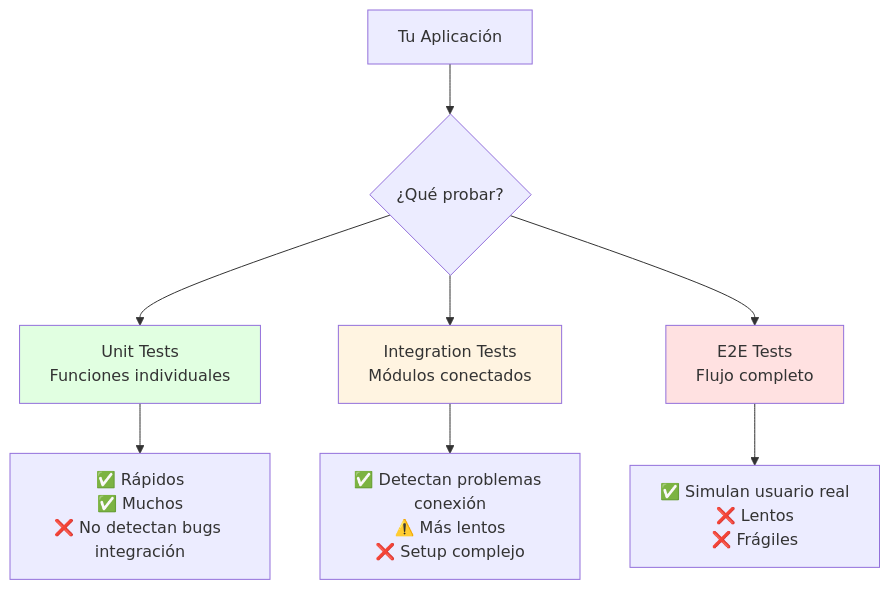
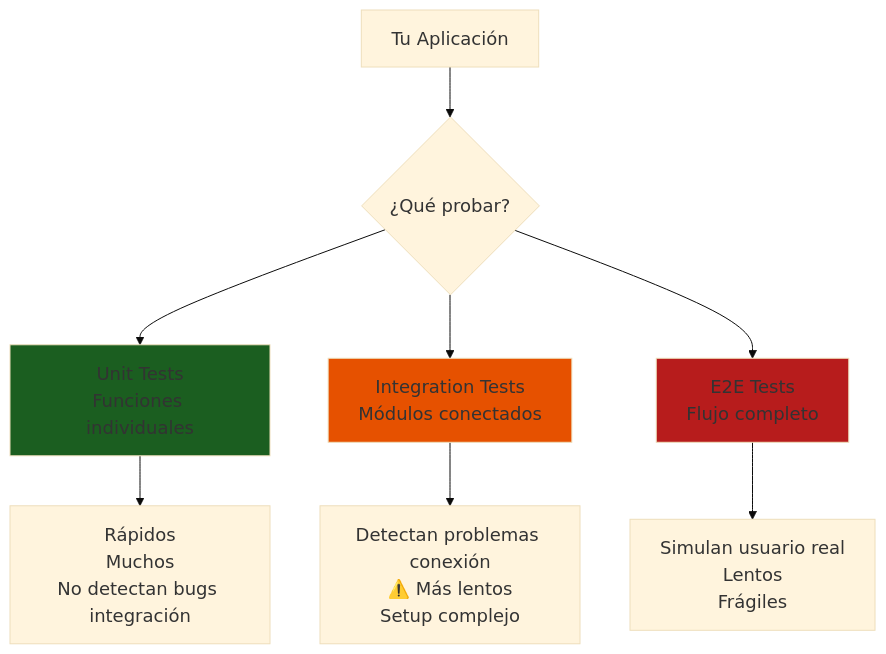
Before and after one commit to Ai-Whisperers/Courses-Content: the second of 10 diagrams in courses/🟡-development/FPUNA-2026/01-DESARROLLO-SOFTWARE/03-pruebas-tdd.md, drawn with Mermaid. The commit also changed other lines of this file and 47 other files, not shown here.

First line of the commit message:
fix: Make all 473 diagrams WCAG AAA accessible (FPUNA-2026)

````diff
--- a/courses/🟡-development/FPUNA-2026/01-DESARROLLO-SOFTWARE/03-pruebas-tdd.md
+++ b/courses/🟡-development/FPUNA-2026/01-DESARROLLO-SOFTWARE/03-pruebas-tdd.md
@@ -58,16 +59,17 @@
 ```mermaid
+%%{init: {'theme':'base', 'themeVariables': {'fontSize':'18px'}}}%%
 graph TD
     Start[Tu Aplicación] --> Q{¿Qué probar?}
     
     Q --> A[Unit Tests<br/>Funciones individuales]
     Q --> B[Integration Tests<br/>Módulos conectados]
     Q --> C[E2E Tests<br/>Flujo completo]
     
-    A --> A1[✅ Rápidos<br/>✅ Muchos<br/>❌ No detectan bugs integración]
-    B --> B1[✅ Detectan problemas conexión<br/>⚠️ Más lentos<br/>❌ Setup complejo]
-    C --> C1[✅ Simulan usuario real<br/>❌ Lentos<br/>❌ Frágiles]
+    A --> A1[Rápidos<br/>Muchos<br/>No detectan bugs integración]
+    B --> B1[Detectan problemas conexión<br/>⚠️ Más lentos<br/>Setup complejo]
+    C --> C1[Simulan usuario real<br/>Lentos<br/>Frágiles]
     
-    style A fill:#E1FFE1
-    style B fill:#FFF4E1
-    style C fill:#FFE1E1
+    style A fill:#1b5e20
+    style B fill:#e65100
+    style C fill:#b71c1c
 ```
````
